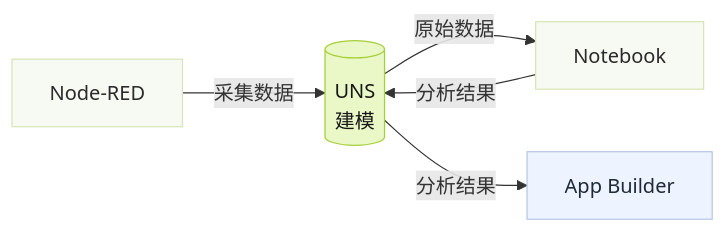
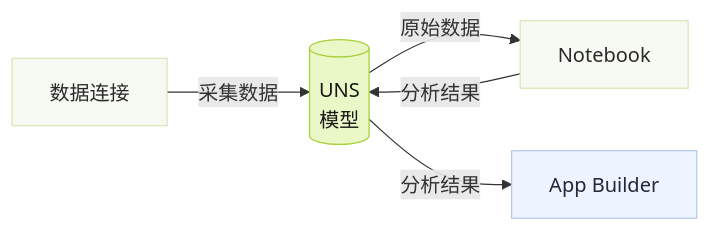
Before and after one commit to FREEZONEX/Tier0-docs-site: the diagram in src/content/docs/zh-cn/best-practice/analytics-apps.mdx, drawn with Mermaid. The commit also changed other lines of this file and 93 other files, not shown here.

````diff
--- a/src/content/docs/zh-cn/best-practice/analytics-apps.mdx
+++ b/src/content/docs/zh-cn/best-practice/analytics-apps.mdx
@@ -12,14 +12,14 @@
 ```mermaid
 flowchart LR
-  collect["Node-RED"] -->|"采集数据"| uns[("UNS<br/>建模")]
+  collect["数据连接"] -->|"采集数据"| uns[("UNS<br/>模型")]
   uns -->|"原始数据"| notebook["Notebook"]
   notebook -->|"分析结果"| uns
   uns -->|"分析结果"| builder["App Builder"]
 
   classDef t0accent fill:#EAF8C8,stroke:#A6CF38,stroke-width:1px,color:#171717
   classDef t0soft fill:#F7FAF2,stroke:#D8E6B8,stroke-width:1px,color:#2A2A2A
   classDef t0agent fill:#EEF4FF,stroke:#B7C7E8,stroke-width:1px,color:#1F2937
   class uns t0accent
   class collect,notebook t0soft
   class builder t0agent
 ```
````
